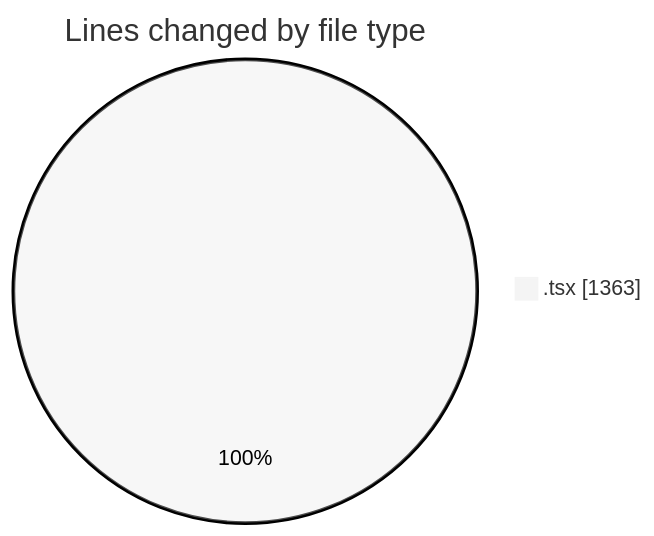
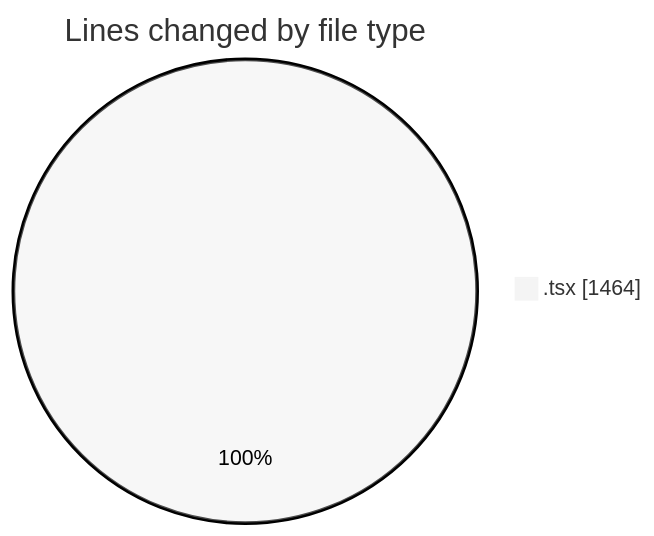
One commit to julien-gomy/code-tracking changed the first of 2 diagrams in 2025-10-10/eventscop-frontend-guide__workspace_/README.md. Above: the diagram before and after it, drawn with Mermaid (neutral theme). The commit also changed other lines of this file and 1 other file, not shown here.

````diff
--- a/2025-10-10/eventscop-frontend-guide__workspace_/README.md
+++ b/2025-10-10/eventscop-frontend-guide__workspace_/README.md
@@ -24,5 +24,5 @@
 ```mermaid
 pie showData
 title Lines changed by file type
-".tsx" : 1363
+".tsx" : 1464
 ```
````
